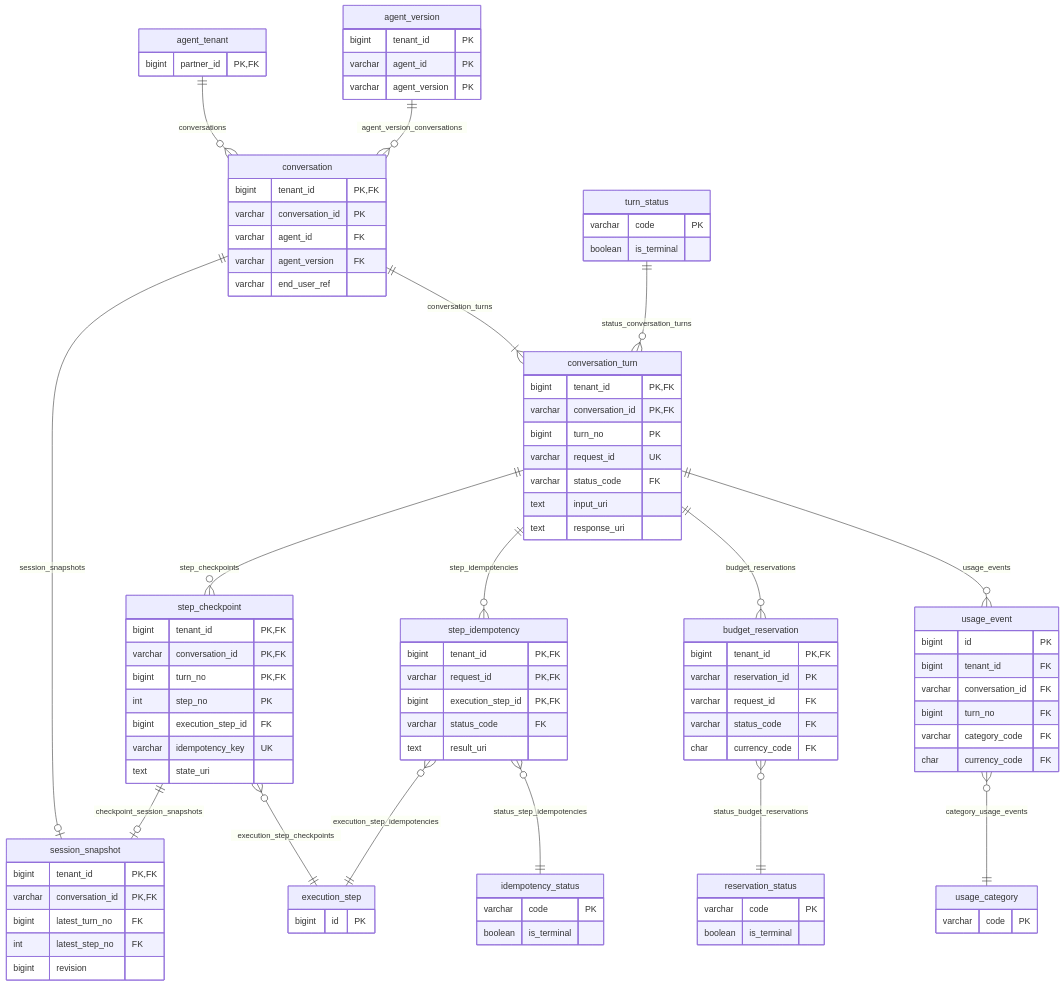
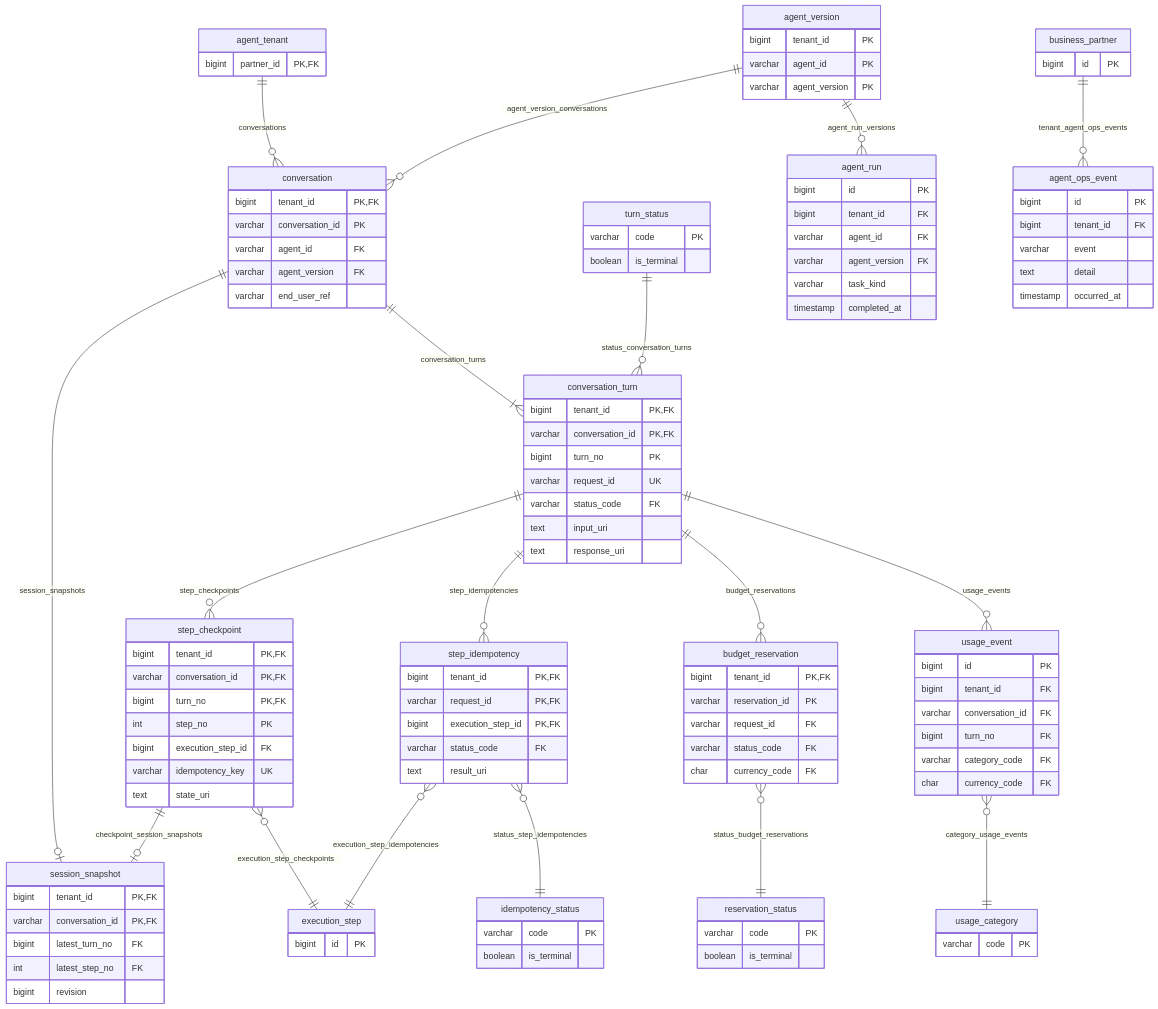
One commit to nauticana/scout changed the fifth of 6 diagrams in DATABASE.md. Above: the diagram before and after it, drawn with Mermaid. The commit also changed other lines of this file and 27 other files, not shown here.

Commit message:
add tables ops event and runtime to dictionary

````diff
--- a/DATABASE.md
+++ b/DATABASE.md
@@ -425,6 +425,24 @@
     usage_category {
         varchar code PK
     }
+    agent_run {
+        bigint id PK
+        bigint tenant_id FK
+        varchar agent_id FK
+        varchar agent_version FK
+        varchar task_kind
+        timestamp completed_at
+    }
+    agent_ops_event {
+        bigint id PK
+        bigint tenant_id FK
+        varchar event
+        text detail
+        timestamp occurred_at
+    }
+    business_partner {
+        bigint id PK
+    }
 
     agent_tenant ||--o{ conversation : conversations
     agent_version ||--o{ conversation : agent_version_conversations
@@ -441,4 +459,6 @@
     budget_reservation }o--|| reservation_status : status_budget_reservations
     conversation_turn ||--o{ usage_event : usage_events
     usage_event }o--|| usage_category : category_usage_events
+    agent_version ||--o{ agent_run : agent_run_versions
+    business_partner ||--o{ agent_ops_event : tenant_agent_ops_events
 ```
````
